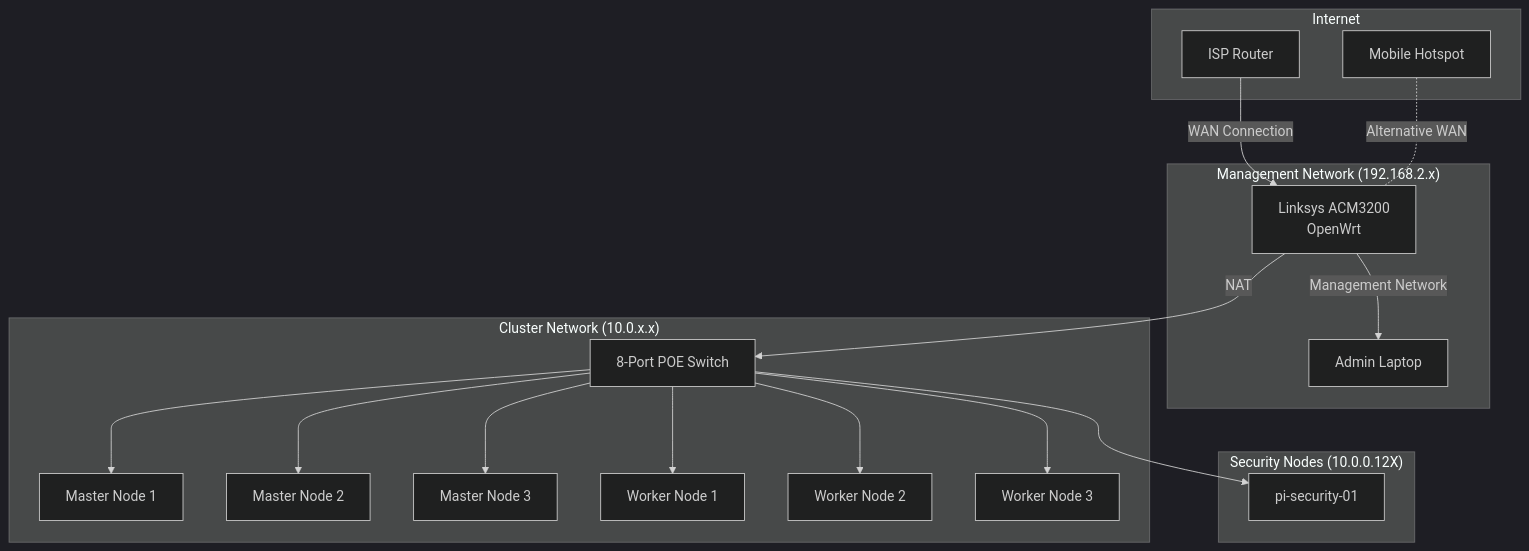
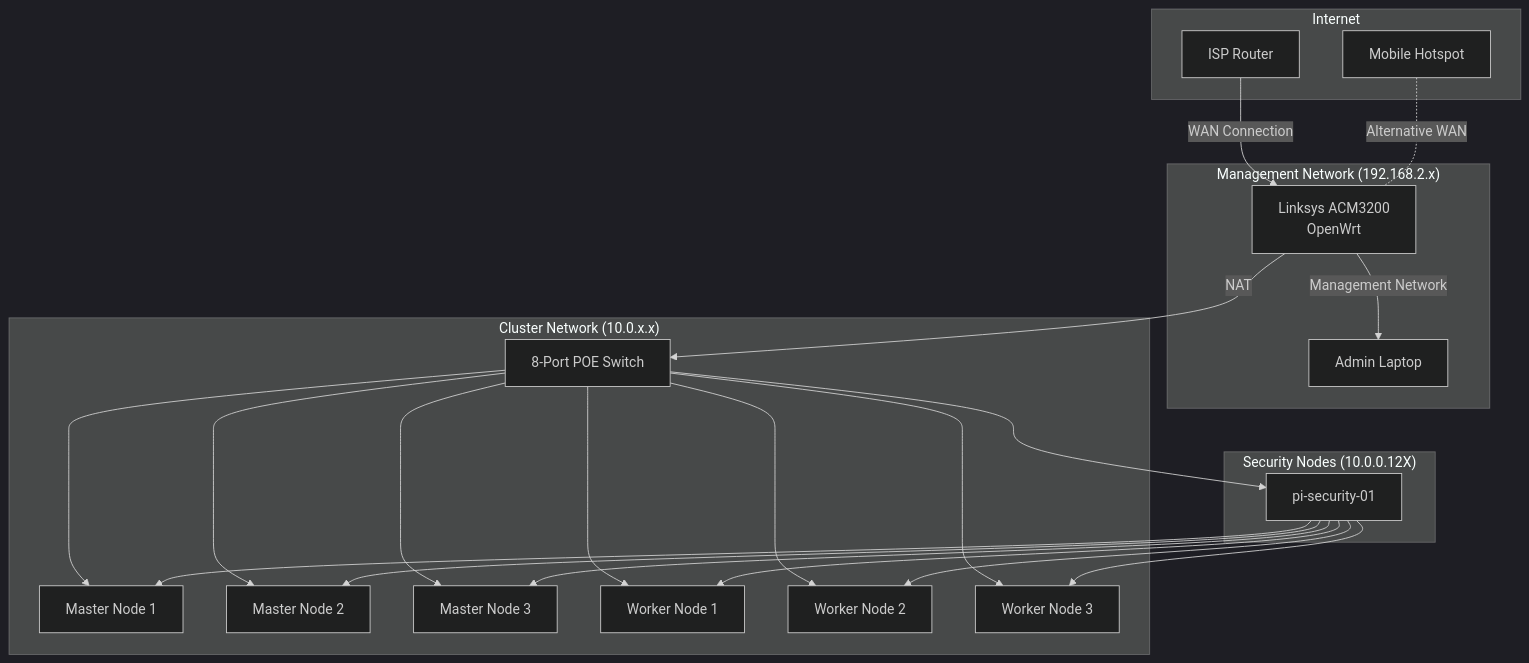
The diagram in docs/architecture/network.md (lfdesousa/rapberrypiCluster), drawn with Mermaid (dark theme) before and after one commit. The commit also changed 1 other file, not shown here.

Commit message:
docs: updated the main file and the network architecture

````diff
--- a/docs/architecture/network.md
+++ b/docs/architecture/network.md
@@ -5,35 +5,37 @@
 ```mermaid
 graph TD
     subgraph Internet
         ISP[ISP Router]
         Mobile[Mobile Hotspot]
     end
     
     subgraph Management["Management Network (192.168.2.x)"]
         Linksys[Linksys ACM3200\nOpenWrt]
         Laptop[Admin Laptop]
     end
     
     subgraph Cluster["Cluster Network (10.0.x.x)"]
         Switch[8-Port POE Switch]
         Master1[Master Node 1]
         Master2[Master Node 2]
         Master3[Master Node 3]
         Worker1[Worker Node 1]
         Worker2[Worker Node 2]
         Worker3[Worker Node 3]
     end
 
     subgraph Security["Security Nodes (10.0.0.12X)"]
         PiSecurity[pi-security-01]
     end
     
     ISP -- WAN Connection --> Linksys
     Mobile -. Alternative WAN .- Linksys
     Linksys -- Management Network --> Laptop
     Linksys -- NAT --> Switch
     Switch --> Master1 & Master2 & Master3
     Switch --> Worker1 & Worker2 & Worker3
     Switch --> PiSecurity
-   
+    PiSecurity --> Master1 & Master2 & Master3
+    PiSecurity --> Worker1 & Worker2 & Worker3
+
 ```
````
